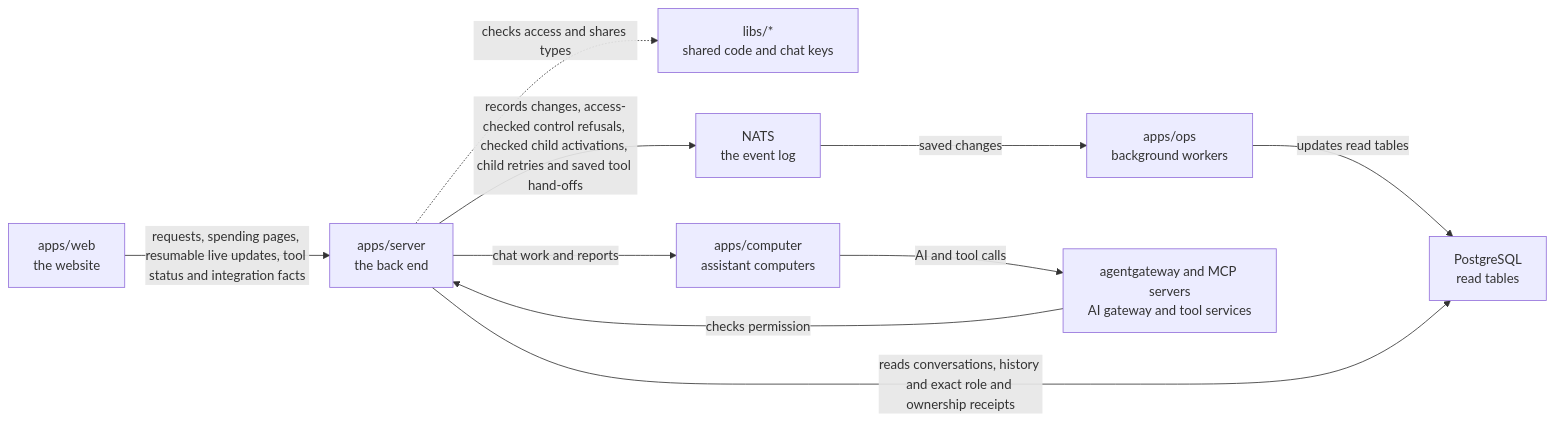
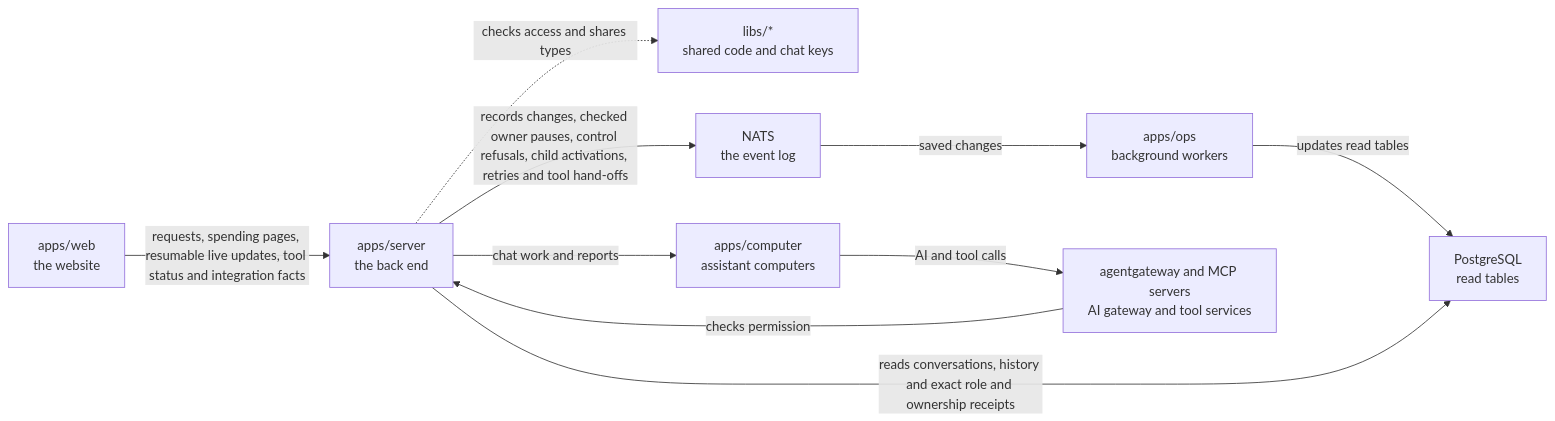
One commit to elewa-git/opencrane-new changed the diagram in apps/server/README.md. Above: the diagram before and after it, drawn with Mermaid. The commit also changed other lines of this file and 11 other files, not shown here.

Commit message:
⏸️ Save checked owner pauses without starting routine work

````diff
--- a/apps/server/README.md
+++ b/apps/server/README.md
@@ -35,12 +35,12 @@
 ```mermaid
 flowchart LR
   web["apps/web<br/>the website"] -->|requests, spending pages, resumable live updates, tool status and integration facts| server["apps/server<br/>the back end"]
   server -.->|checks access and shares types| libs["libs/*<br/>shared code and chat keys"]
-  server -->|records changes, access-checked control refusals, checked child activations, child retries and saved tool hand-offs| nats["NATS<br/>the event log"]
+  server -->|records changes, checked owner pauses, control refusals, child activations, retries and tool hand-offs| nats["NATS<br/>the event log"]
   nats -->|saved changes| ops["apps/ops<br/>background workers"]
   ops -->|updates read tables| postgres["PostgreSQL<br/>read tables"]
   server -->|reads conversations, history and exact role and ownership receipts| postgres
   server -->|chat work and reports| computer["apps/computer<br/>assistant computers"]
   computer -->|AI and tool calls| runtime["agentgateway and MCP servers<br/>AI gateway and tool services"]
   runtime -->|checks permission| server
 ```
````
